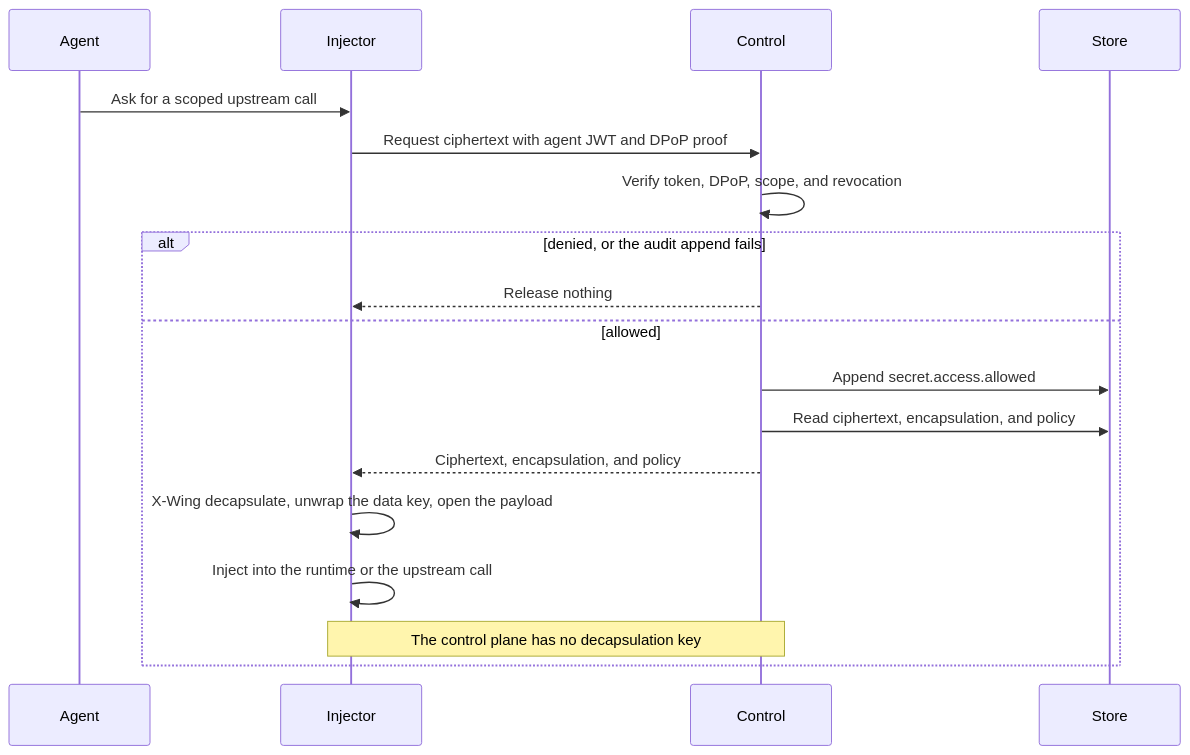
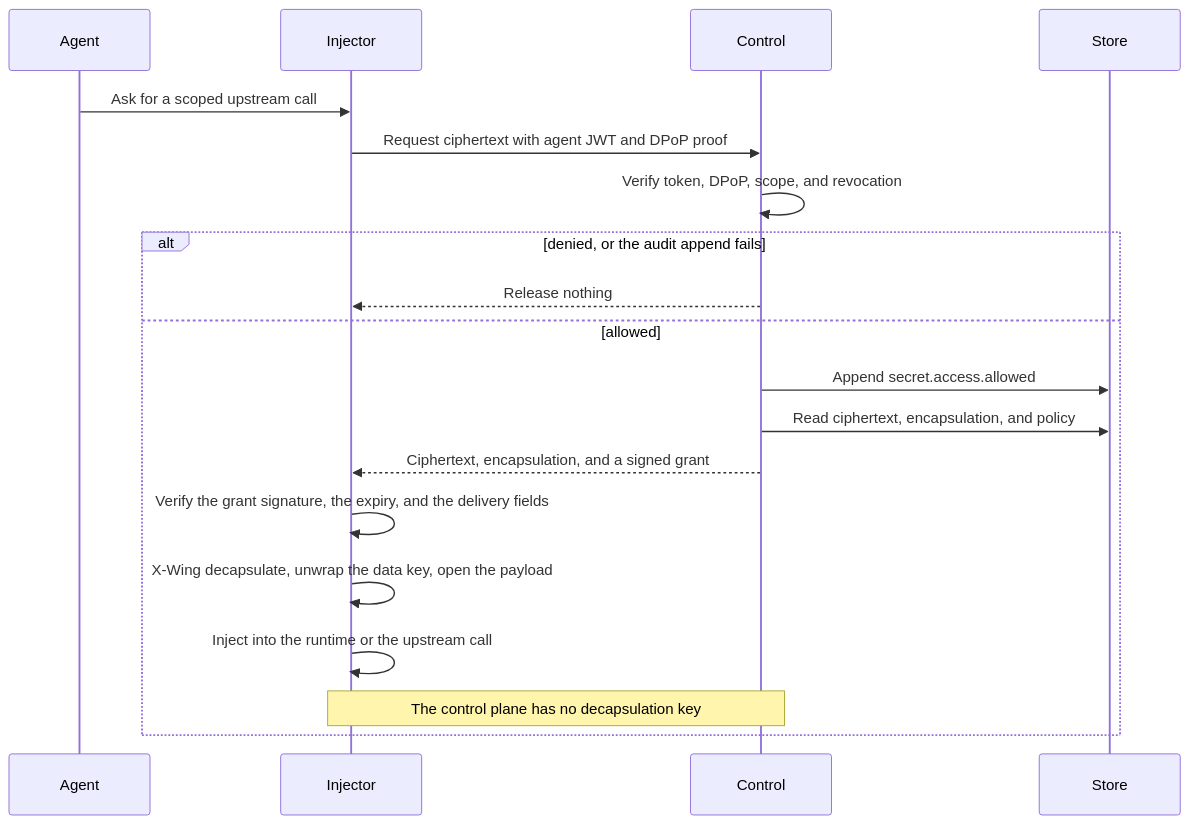
One commit to gamesonrblx/credentials changed the sixth of 11 diagrams in docs/ARCHITECTURE.md. Above: the diagram before and after it, drawn with Mermaid. The commit also changed other lines of this file and 7 other files, not shown here.

````diff
--- a/docs/ARCHITECTURE.md
+++ b/docs/ARCHITECTURE.md
@@ -279,21 +280,22 @@
 ```mermaid
 sequenceDiagram
   participant Agent
   participant Injector
   participant Control
   participant Store
 
   Agent->>Injector: Ask for a scoped upstream call
   Injector->>Control: Request ciphertext with agent JWT and DPoP proof
   Control->>Control: Verify token, DPoP, scope, and revocation
   alt denied, or the audit append fails
     Control-->>Injector: Release nothing
   else allowed
     Control->>Store: Append secret.access.allowed
     Control->>Store: Read ciphertext, encapsulation, and policy
-    Control-->>Injector: Ciphertext, encapsulation, and policy
+    Control-->>Injector: Ciphertext, encapsulation, and a signed grant
+    Injector->>Injector: Verify the grant signature, the expiry, and the delivery fields
     Injector->>Injector: X-Wing decapsulate, unwrap the data key, open the payload
     Injector->>Injector: Inject into the runtime or the upstream call
     Note over Control,Injector: The control plane has no decapsulation key
   end
 ```
````
